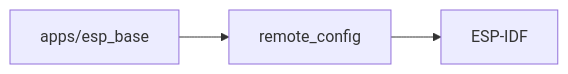
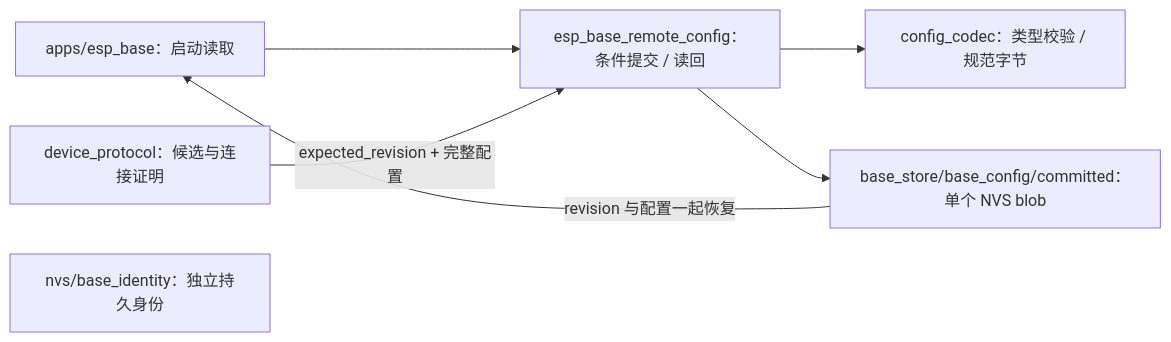
One commit to darren-you/esp-base changed the diagram in firmware/components/remote_config/README.md. Above: the diagram before and after it, drawn with Mermaid. The commit also changed other lines of this file and 64 other files, not shown here.

First line of the commit message:
汇总乐鑫官方公开仓库用途并分析 ESP Base 固件复用方案

````diff
--- a/firmware/components/remote_config/README.md
+++ b/firmware/components/remote_config/README.md
@@ -7,5 +7,9 @@
 ```mermaid
 flowchart LR
-    app["apps/esp_base"] --> component["remote_config"]
-    component --> sdk["ESP-IDF"]
+    app["apps/esp_base：启动读取"] --> store["esp_base_remote_config：条件提交 / 读回"]
+    owner["device_protocol：候选与连接证明"] -->|"expected_revision + 完整配置"| store
+    store --> codec["config_codec：类型校验 / 规范字节"]
+    store --> nvs["base_store/base_config/committed：单个 NVS blob"]
+    nvs -->|"revision 与配置一起恢复"| app
+    identity["nvs/base_identity：独立持久身份"]
 ```
````
